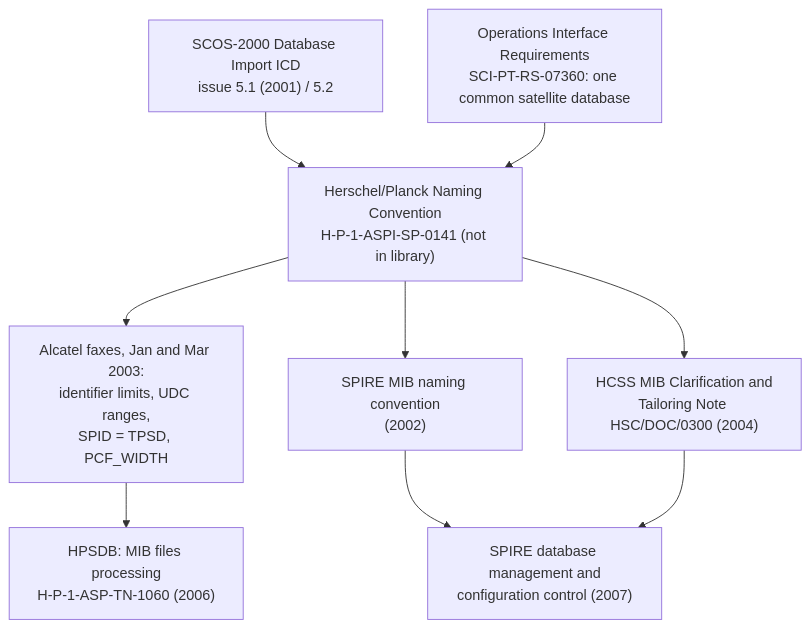
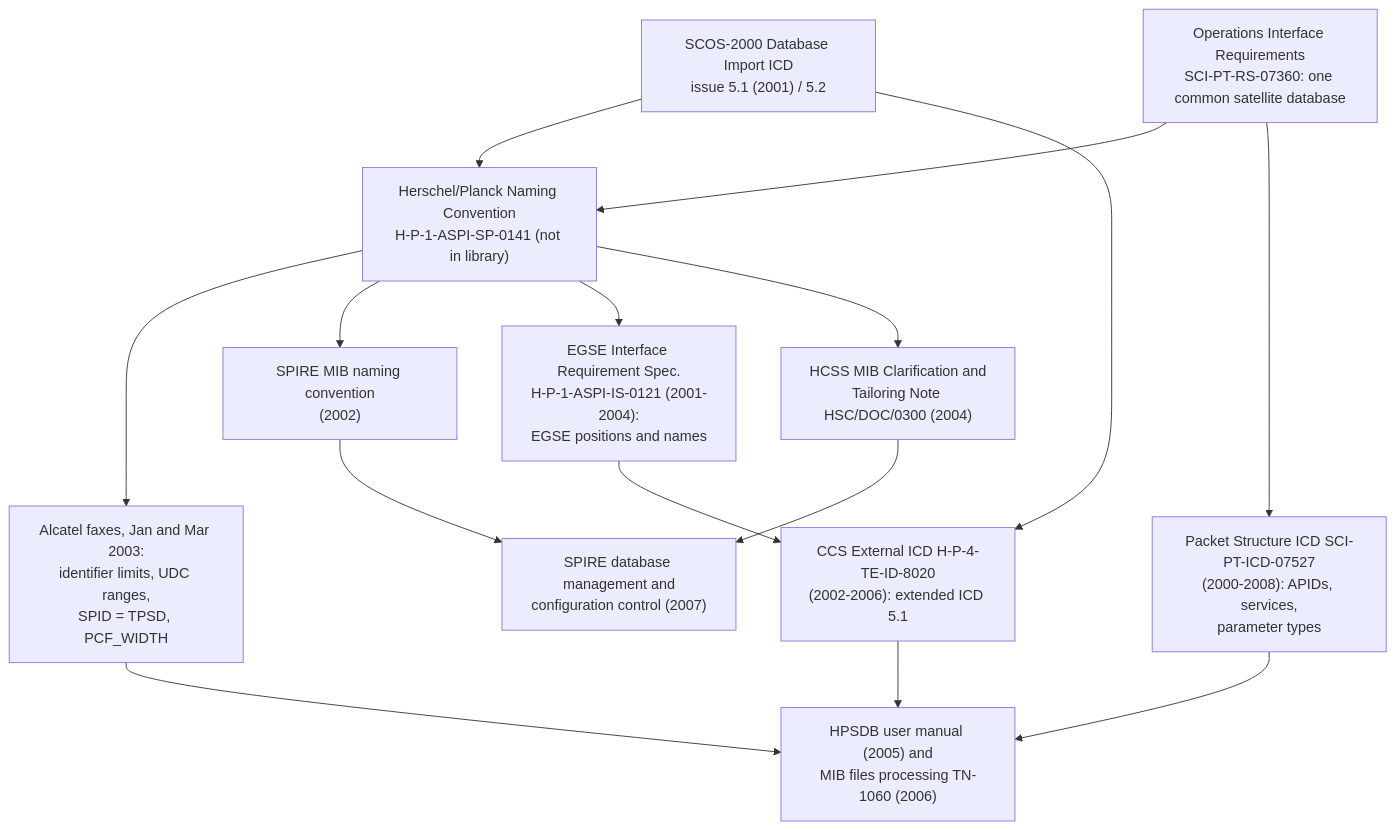
One commit to feiteira/OPEN-SPACE-INFO changed the first of 3 diagrams in docs/mib/tailoring.md. Above: the diagram before and after it, drawn with Mermaid. The commit also changed other lines of this file and 1311 other files, not shown here.

````diff
--- a/docs/mib/tailoring.md
+++ b/docs/mib/tailoring.md
@@ -45,11 +45,17 @@
 ```mermaid
 flowchart TB
     ICD["SCOS-2000 Database Import ICD<br/>issue 5.1 (2001) / 5.2"] --> NC["Herschel/Planck Naming Convention<br/>H-P-1-ASPI-SP-0141 (not in library)"]
     OIRD["Operations Interface Requirements<br/>SCI-PT-RS-07360: one common satellite database"] --> NC
+    OIRD --> PSICD["Packet Structure ICD SCI-PT-ICD-07527<br/>(2000-2008): APIDs, services,<br/>parameter types"]
     NC --> FAX["Alcatel faxes, Jan and Mar 2003:<br/>identifier limits, UDC ranges,<br/>SPID = TPSD, PCF_WIDTH"]
     NC --> SPIRE["SPIRE MIB naming convention<br/>(2002)"]
-    FAX --> HPSDB["HPSDB: MIB files processing<br/>H-P-1-ASP-TN-1060 (2006)"]
+    NC --> IRS["EGSE Interface Requirement Spec.<br/>H-P-1-ASPI-IS-0121 (2001-2004):<br/>EGSE positions and names"]
+    ICD --> CCSICD["CCS External ICD H-P-4-TE-ID-8020<br/>(2002-2006): extended ICD 5.1"]
+    IRS --> CCSICD
+    FAX --> HPSDB["HPSDB user manual (2005) and<br/>MIB files processing TN-1060 (2006)"]
+    CCSICD --> HPSDB
+    PSICD --> HPSDB
     NC --> HCSS["HCSS MIB Clarification and<br/>Tailoring Note HSC/DOC/0300 (2004)"]
     SPIRE --> CC["SPIRE database management and<br/>configuration control (2007)"]
     HCSS --> CC
 ```
````
